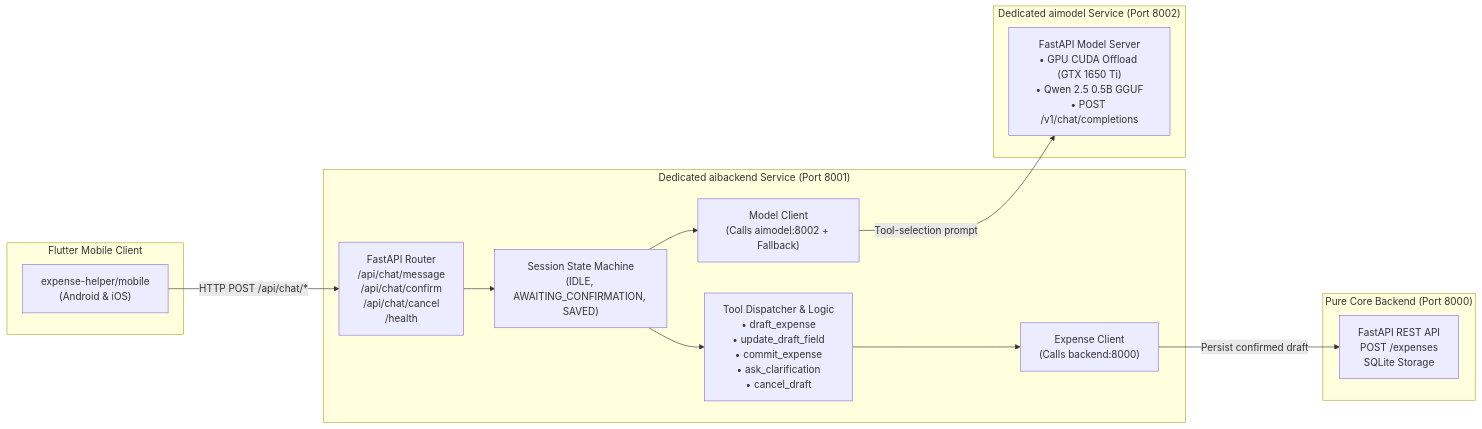
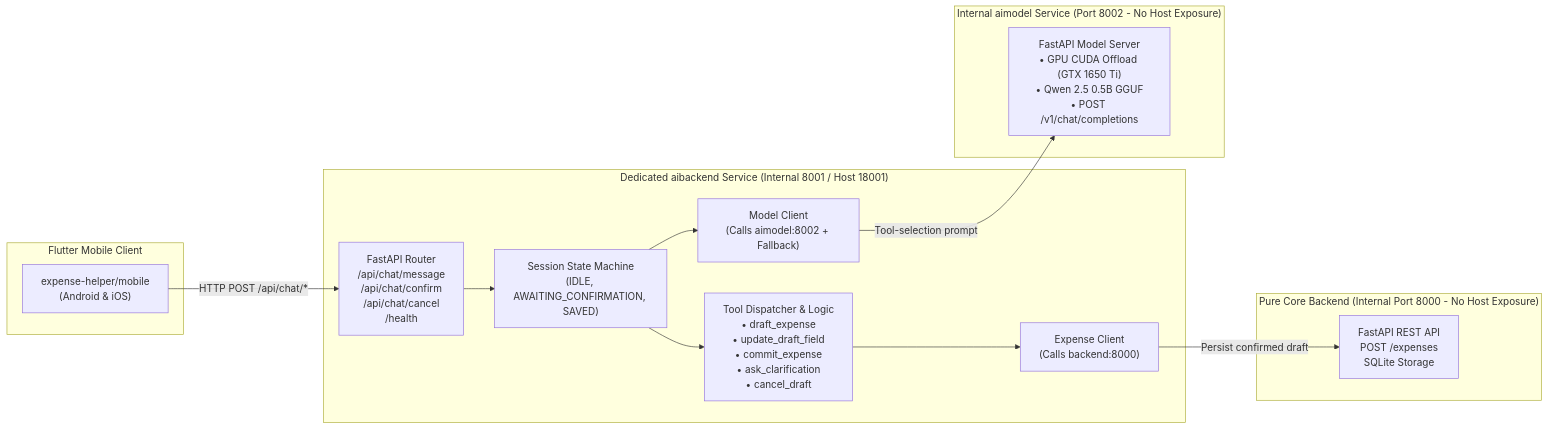
One commit to itsvrushabh/expense-organizer changed the diagram in docs/aibackend.md. Above: the diagram before and after it, drawn with Mermaid. The commit also changed other lines of this file and 20 other files, not shown here.

````diff
--- a/docs/aibackend.md
+++ b/docs/aibackend.md
@@ -9,31 +9,31 @@
 ```mermaid
 flowchart LR
     subgraph Client["Flutter Mobile Client"]
         Mobile["expense-helper/mobile<br/>(Android & iOS)"]
     end
 
-    subgraph AIB["Dedicated aibackend Service (Port 8001)"]
+    subgraph AIB["Dedicated aibackend Service (Internal 8001 / Host 18001)"]
         ChatRouter["FastAPI Router<br/>/api/chat/message<br/>/api/chat/confirm<br/>/api/chat/cancel<br/>/health"]
         SessionStore["Session State Machine<br/>(IDLE, AWAITING_CONFIRMATION, SAVED)"]
         ToolEngine["Tool Dispatcher & Logic<br/>• draft_expense<br/>• update_draft_field<br/>• commit_expense<br/>• ask_clarification<br/>• cancel_draft"]
         ModelClient["Model Client<br/>(Calls aimodel:8002 + Fallback)"]
         ExpenseClient["Expense Client<br/>(Calls backend:8000)"]
         
         ChatRouter --> SessionStore
         SessionStore --> ModelClient
         SessionStore --> ToolEngine
         ToolEngine --> ExpenseClient
     end
 
-    subgraph ModelServer["Dedicated aimodel Service (Port 8002)"]
+    subgraph ModelServer["Internal aimodel Service (Port 8002 - No Host Exposure)"]
         AIM["FastAPI Model Server<br/>• GPU CUDA Offload (GTX 1650 Ti)<br/>• Qwen 2.5 0.5B GGUF<br/>• POST /v1/chat/completions"]
     end
 
-    subgraph CoreBackend["Pure Core Backend (Port 8000)"]
+    subgraph CoreBackend["Pure Core Backend (Internal Port 8000 - No Host Exposure)"]
         CoreAPI["FastAPI REST API<br/>POST /expenses<br/>SQLite Storage"]
     end
 
     Mobile -->|"HTTP POST /api/chat/*"| ChatRouter
     ModelClient -->|"Tool-selection prompt"| AIM
     ExpenseClient -->|"Persist confirmed draft"| CoreAPI
 ```
````
